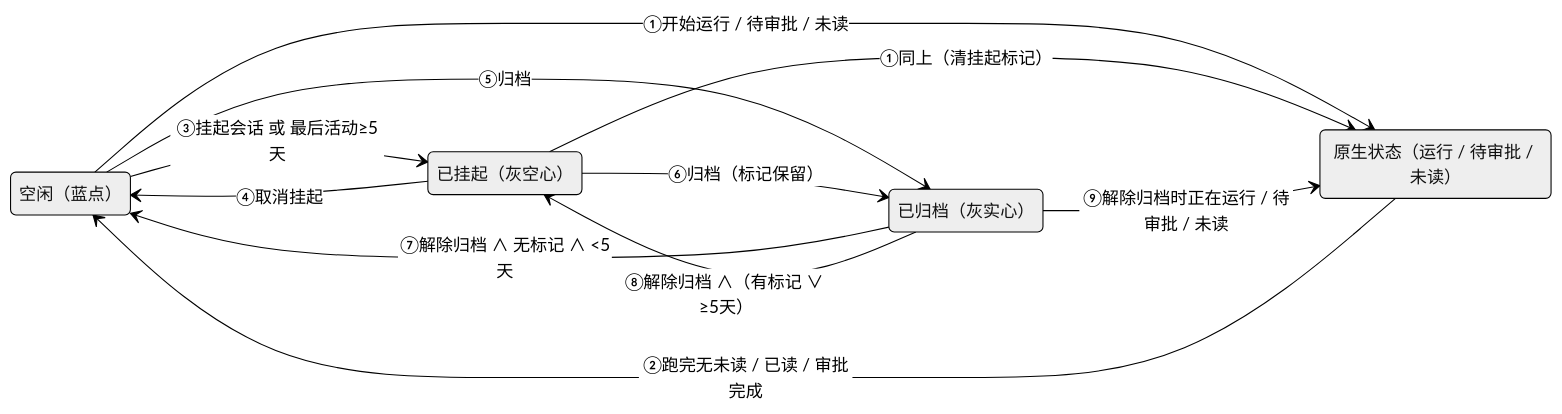
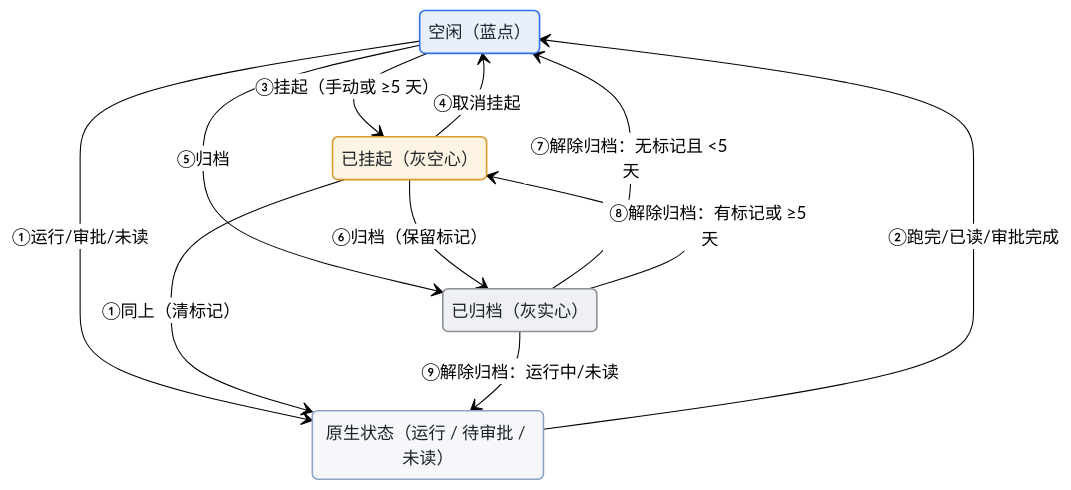
The first of 2 diagrams in docs/STATE-MACHINE.md (SpokAtom/dsh-status-lamp), drawn with Mermaid (neutral theme) before and after one commit. The commit also changed other lines of this file, not shown here.

Commit message:
docs: color-coded mermaid state machine (classDef) + tighter labels

````diff
--- a/docs/STATE-MACHINE.md
+++ b/docs/STATE-MACHINE.md
@@ -7,20 +7,30 @@
 ```mermaid
 stateDiagram-v2
-    direction LR
+    direction TB
+
+    classDef idle fill:#e8f0fe,stroke:#2f6feb,stroke-width:1.5px,color:#1f2328
+    classDef hold fill:#fdf4e3,stroke:#d99a2b,stroke-width:1.5px,color:#1f2328
+    classDef archive fill:#eef0f3,stroke:#8b8f98,stroke-width:1.5px,color:#1f2328
+    classDef native fill:#f5f7fb,stroke:#8fa3c8,stroke-width:1.5px,color:#1f2328
 
     state "空闲（蓝点）" as Idle
     state "原生状态（运行 / 待审批 / 未读）" as Native
     state "已挂起（灰空心）" as OnHold
     state "已归档（灰实心）" as Archived
 
-    Idle --> Native: ①开始运行 / 待审批 / 未读
-    OnHold --> Native: ①同上（清挂起标记）
-    Native --> Idle: ②跑完无未读 / 已读 / 审批完成
-    Idle --> OnHold: ③挂起会话 或 最后活动≥5天
+    class Idle idle
+    class OnHold hold
+    class Archived archive
+    class Native native
+
+    Idle --> Native: ①运行/审批/未读
+    OnHold --> Native: ①同上（清标记）
+    Native --> Idle: ②跑完/已读/审批完成
+    Idle --> OnHold: ③挂起（手动或 ≥5 天）
     OnHold --> Idle: ④取消挂起
     Idle --> Archived: ⑤归档
-    OnHold --> Archived: ⑥归档（标记保留）
-    Archived --> Idle: ⑦解除归档 ∧ 无标记 ∧ <5天
-    Archived --> OnHold: ⑧解除归档 ∧（有标记 ∨ ≥5天）
-    Archived --> Native: ⑨解除归档时正在运行 / 待审批 / 未读
+    OnHold --> Archived: ⑥归档（保留标记）
+    Archived --> Idle: ⑦解除归档：无标记且 <5 天
+    Archived --> OnHold: ⑧解除归档：有标记或 ≥5 天
+    Archived --> Native: ⑨解除归档：运行中/未读
 ```
````
